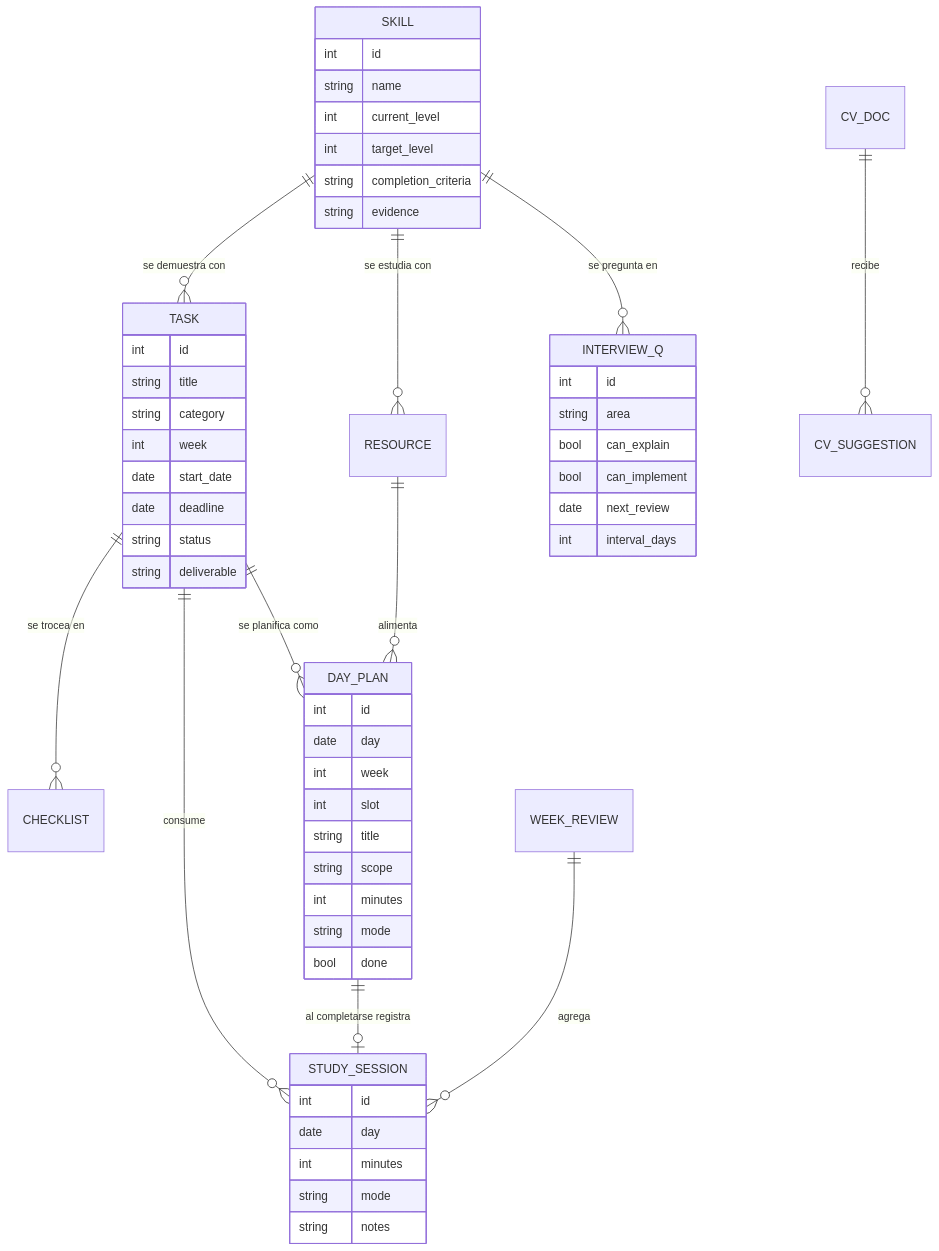
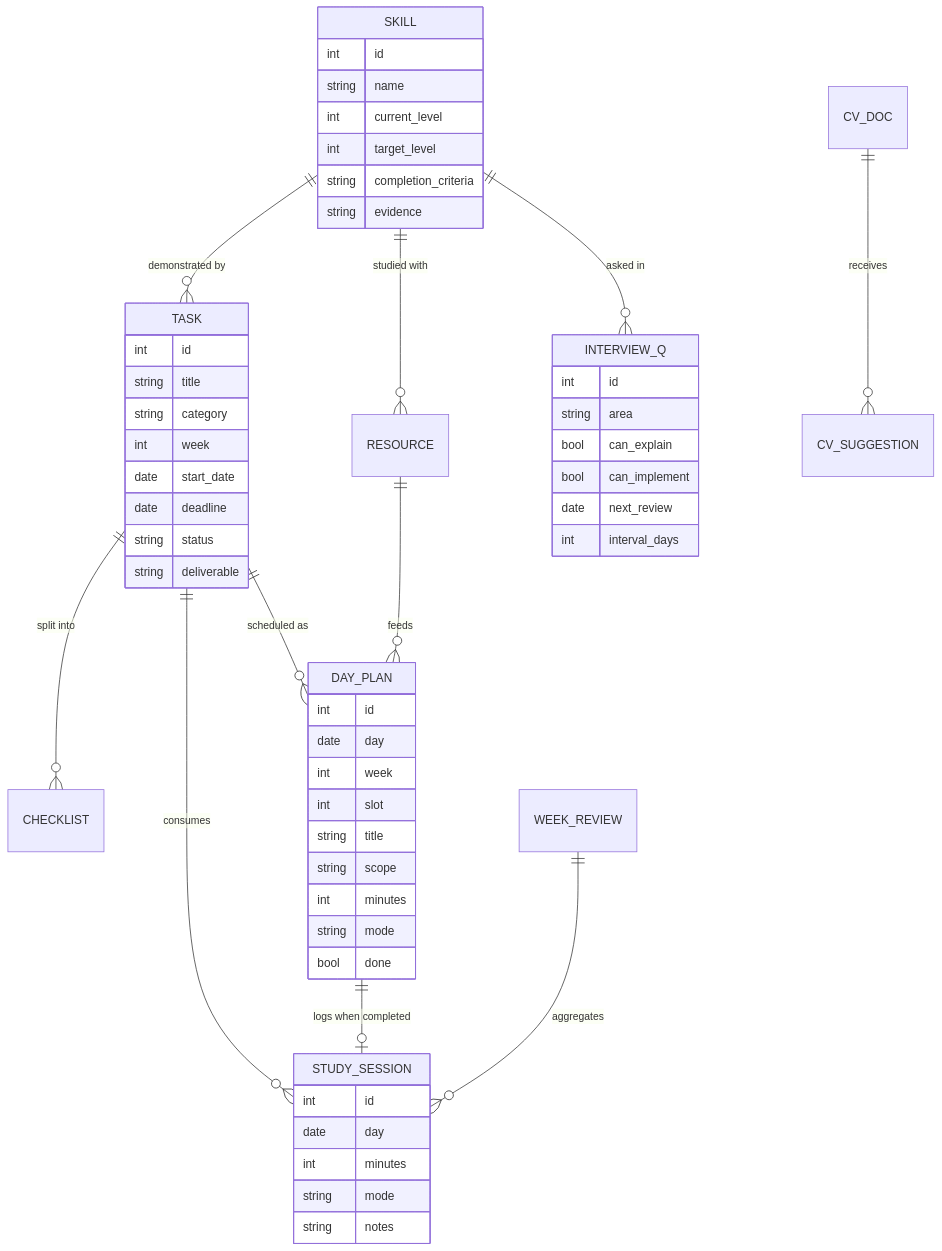
Before and after one commit to diegoperezg7/ai-learn: the second of 5 diagrams in README.md, drawn with Mermaid. The commit also changed other lines of this file and 1 other file, not shown here.

````diff
--- a/README.md
+++ b/README.md
@@ -111,58 +127,58 @@
 ```mermaid
 erDiagram
-    SKILL      ||--o{ TASK          : "se demuestra con"
-    SKILL      ||--o{ RESOURCE      : "se estudia con"
-    SKILL      ||--o{ INTERVIEW_Q   : "se pregunta en"
-    TASK       ||--o{ CHECKLIST     : "se trocea en"
-    TASK       ||--o{ DAY_PLAN      : "se planifica como"
-    TASK       ||--o{ STUDY_SESSION : "consume"
-    RESOURCE   ||--o{ DAY_PLAN      : "alimenta"
-    DAY_PLAN   ||--o| STUDY_SESSION : "al completarse registra"
-    WEEK_REVIEW ||--o{ STUDY_SESSION : "agrega"
-    CV_DOC     ||--o{ CV_SUGGESTION : "recibe"
+    SKILL      ||--o{ TASK          : "demonstrated by"
+    SKILL      ||--o{ RESOURCE      : "studied with"
+    SKILL      ||--o{ INTERVIEW_Q   : "asked in"
+    TASK       ||--o{ CHECKLIST     : "split into"
+    TASK       ||--o{ DAY_PLAN      : "scheduled as"
+    TASK       ||--o{ STUDY_SESSION : "consumes"
+    RESOURCE   ||--o{ DAY_PLAN      : "feeds"
+    DAY_PLAN   ||--o| STUDY_SESSION : "logs when completed"
+    WEEK_REVIEW ||--o{ STUDY_SESSION : "aggregates"
+    CV_DOC     ||--o{ CV_SUGGESTION : "receives"
 
     SKILL {
         int id
         string name
         int current_level
         int target_level
         string completion_criteria
         string evidence
     }
     TASK {
         int id
         string title
         string category
         int week
         date start_date
         date deadline
         string status
         string deliverable
     }
     DAY_PLAN {
         int id
         date day
         int week
         int slot
         string title
         string scope
         int minutes
         string mode
         bool done
     }
     STUDY_SESSION {
         int id
         date day
         int minutes
         string mode
         string notes
     }
     INTERVIEW_Q {
         int id
         string area
         bool can_explain
         bool can_implement
         date next_review
         int interval_days
     }
 ```
````
